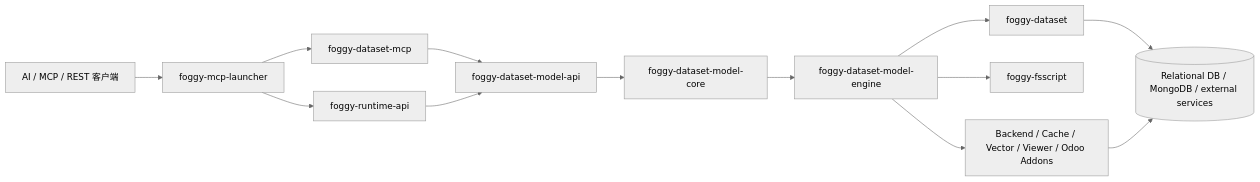
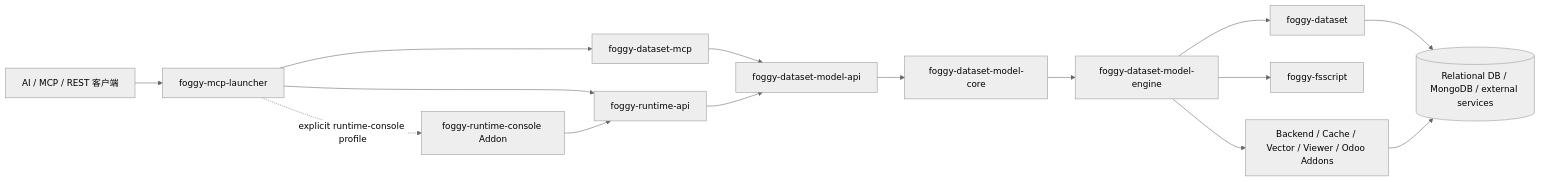
Before and after one commit to foggy-projects/foggy-data-mcp-bridge: the diagram in docs/architecture/README.md, drawn with Mermaid (neutral theme). The commit also changed other lines of this file and 64 other files, not shown here.

Commit message:
feat(runtime): add web console

````diff
--- a/docs/architecture/README.md
+++ b/docs/architecture/README.md
@@ -30,27 +30,30 @@
 ```mermaid
 flowchart LR
     Client[AI / MCP / REST 客户端]
     Launcher[foggy-mcp-launcher]
     MCP[foggy-dataset-mcp]
     Runtime[foggy-runtime-api]
+    Console[foggy-runtime-console Addon]
     SPI[foggy-dataset-model-api]
     Catalog[foggy-dataset-model-core]
     Engine[foggy-dataset-model-engine]
     Data[foggy-dataset]
     Script[foggy-fsscript]
     Addons[Backend / Cache / Vector / Viewer / Odoo Addons]
     Sources[(Relational DB / MongoDB / external services)]
 
     Client --> Launcher
     Launcher --> MCP
     Launcher --> Runtime
+    Launcher -. explicit runtime-console profile .-> Console
+    Console --> Runtime
     MCP --> SPI
     Runtime --> SPI
     SPI --> Catalog
     Catalog --> Engine
     Engine --> Data
     Engine --> Script
     Engine --> Addons
     Data --> Sources
     Addons --> Sources
 ```
````
